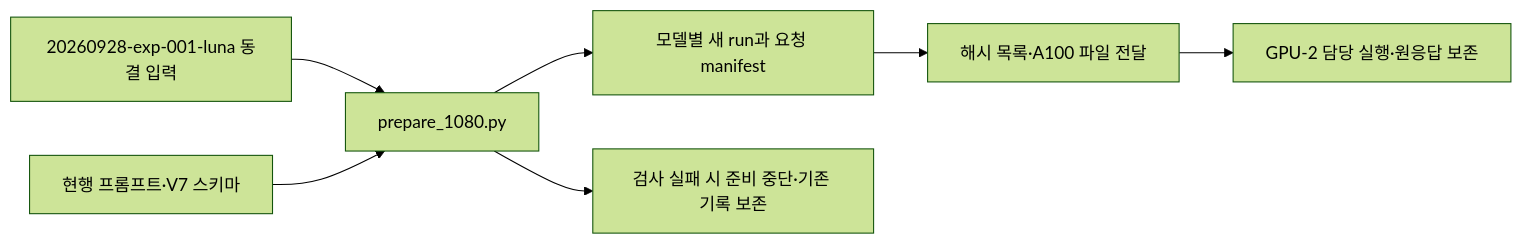
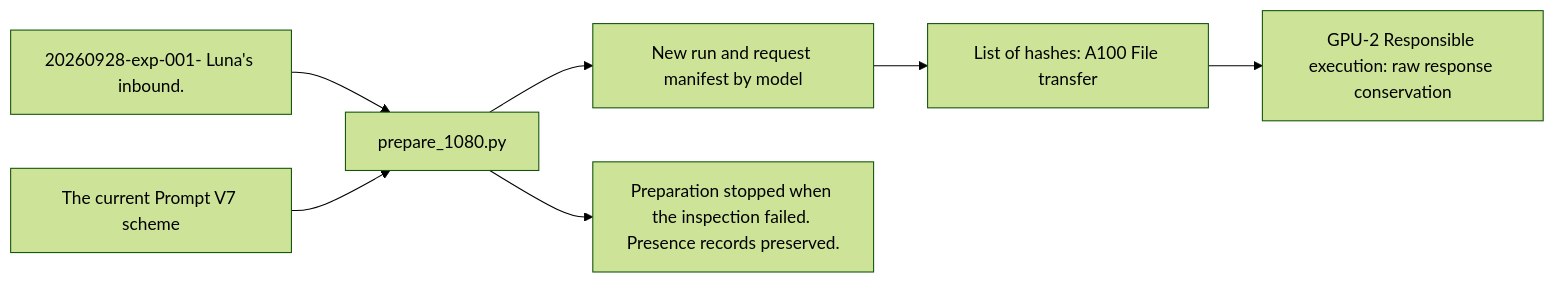
The second of 2 diagrams in src/finarch/experiments/templates/a100-source-readme.md (pnu-clink/finject), drawn with Mermaid (forest theme) before and after one commit. The commit also changed other lines of this file and 644 other files, not shown here.

````diff
--- a/src/finarch/experiments/templates/a100-source-readme.md
+++ b/src/finarch/experiments/templates/a100-source-readme.md
@@ -63,9 +63,9 @@
 ```mermaid
 flowchart LR
-  S[20260928-exp-001-luna 동결 입력] --> P[prepare_1080.py]
-  D[현행 프롬프트·V7 스키마] --> P
-  P --> R[모델별 새 run과 요청 manifest]
-  R --> H[해시 목록·A100 파일 전달]
-  H --> G[GPU-2 담당 실행·원응답 보존]
-  P --> F[검사 실패 시 준비 중단·기존 기록 보존]
+  S[20260928-exp-001- Luna's inbound.] --> P[prepare_1080.py]
+  D[The current Prompt V7 scheme] --> P
+  P --> R[New run and request manifest by model]
+  R --> H[List of hashes: A100 File transfer]
+  H --> G[GPU-2 Responsible execution: raw response conservation]
+  P --> F[Preparation stopped when the inspection failed. Presence records preserved.]
 ```
````
